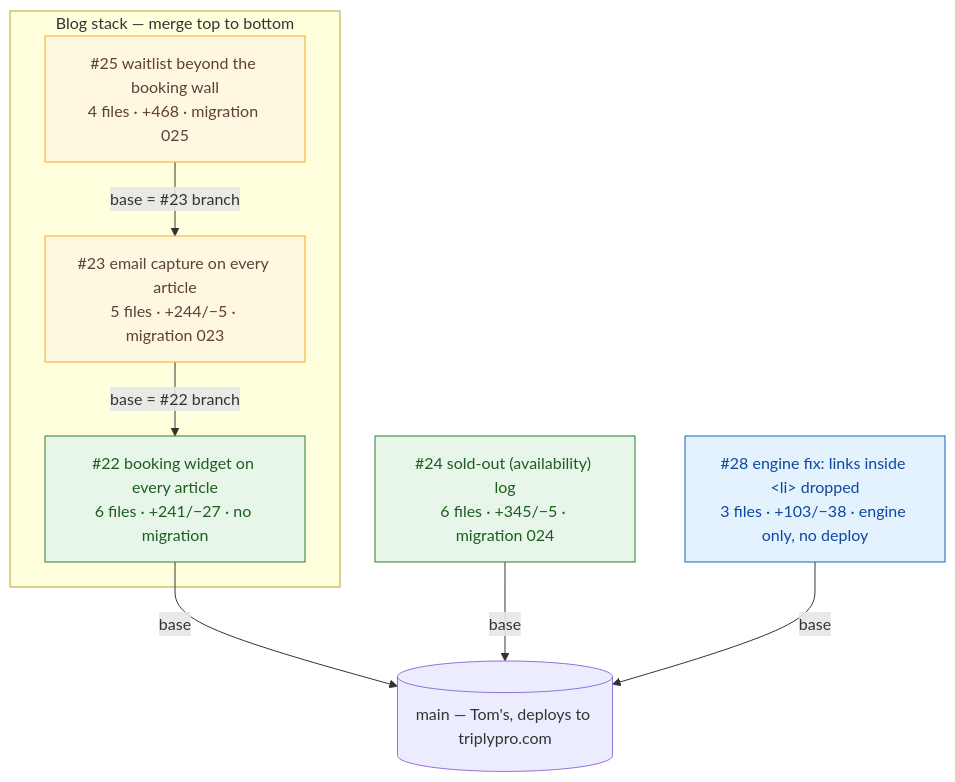
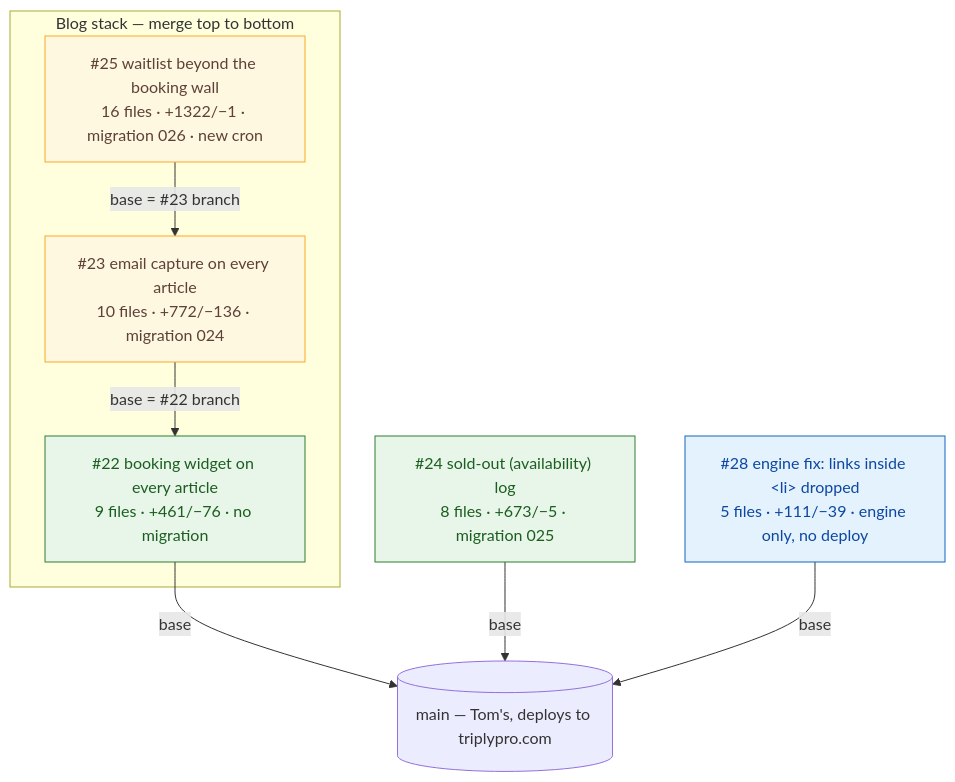
The first of 2 diagrams in docs/code-review-graph.md (tomdro61/Triply), drawn with Mermaid before and after one commit. The commit also changed other lines of this file, not shown here.

First line of the commit message:
docs: review graph — migrations renumbered 024/025/026, 22 Sep fix status, runbook checklist

````diff
--- a/docs/code-review-graph.md
+++ b/docs/code-review-graph.md
@@ -17,26 +18,26 @@
 ```mermaid
 flowchart TB
   main[(main — Tom's, deploys to triplypro.com)]
 
   subgraph blog_stack ["Blog stack — merge top to bottom"]
-    pr22["#22 booking widget on every article<br/>6 files · +241/−27 · no migration"]
-    pr23["#23 email capture on every article<br/>5 files · +244/−5 · migration 023"]
-    pr25["#25 waitlist beyond the booking wall<br/>4 files · +468 · migration 025"]
+    pr22["#22 booking widget on every article<br/>9 files · +461/−76 · no migration"]
+    pr23["#23 email capture on every article<br/>10 files · +772/−136 · migration 024"]
+    pr25["#25 waitlist beyond the booking wall<br/>16 files · +1322/−1 · migration 026 · new cron"]
   end
 
-  pr24["#24 sold-out (availability) log<br/>6 files · +345/−5 · migration 024"]
-  pr28["#28 engine fix: links inside &lt;li&gt; dropped<br/>3 files · +103/−38 · engine only, no deploy"]
+  pr24["#24 sold-out (availability) log<br/>8 files · +673/−5 · migration 025"]
+  pr28["#28 engine fix: links inside &lt;li&gt; dropped<br/>5 files · +111/−39 · engine only, no deploy"]
 
   pr22 -->|"base"| main
   pr23 -->|"base = #22 branch"| pr22
   pr25 -->|"base = #23 branch"| pr23
   pr24 -->|"base"| main
   pr28 -->|"base"| main
 
   classDef ready fill:#e8f5e9,stroke:#2e7d32,color:#1b5e20
   classDef stacked fill:#fff8e1,stroke:#f9a825,color:#5d4037
   classDef engine fill:#e3f2fd,stroke:#1565c0,color:#0d47a1
   class pr22,pr24 ready
   class pr23,pr25 stacked
   class pr28 engine
 ```
````
